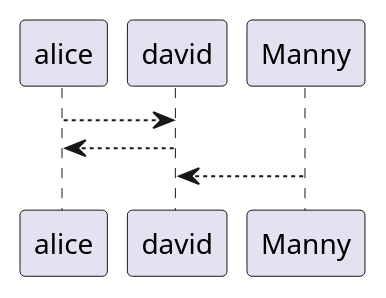
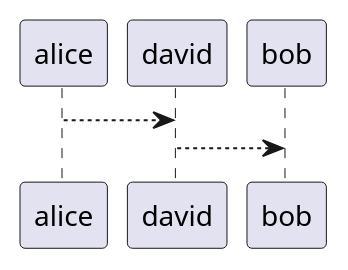
The diagram in test.puml (Maduki-tech/nvim-plantuml), drawn with PlantUML before and after one commit. The commit also changed 3 other files, not shown here.

Commit message:
Live rendering of Plantuml files for macos

```diff
--- a/test.puml
+++ b/test.puml
@@ -1,5 +1,4 @@
 @startuml
     alice --> david
-    david --> alice
-    Manny --> david
+    david --> bob
 @enduml
```
